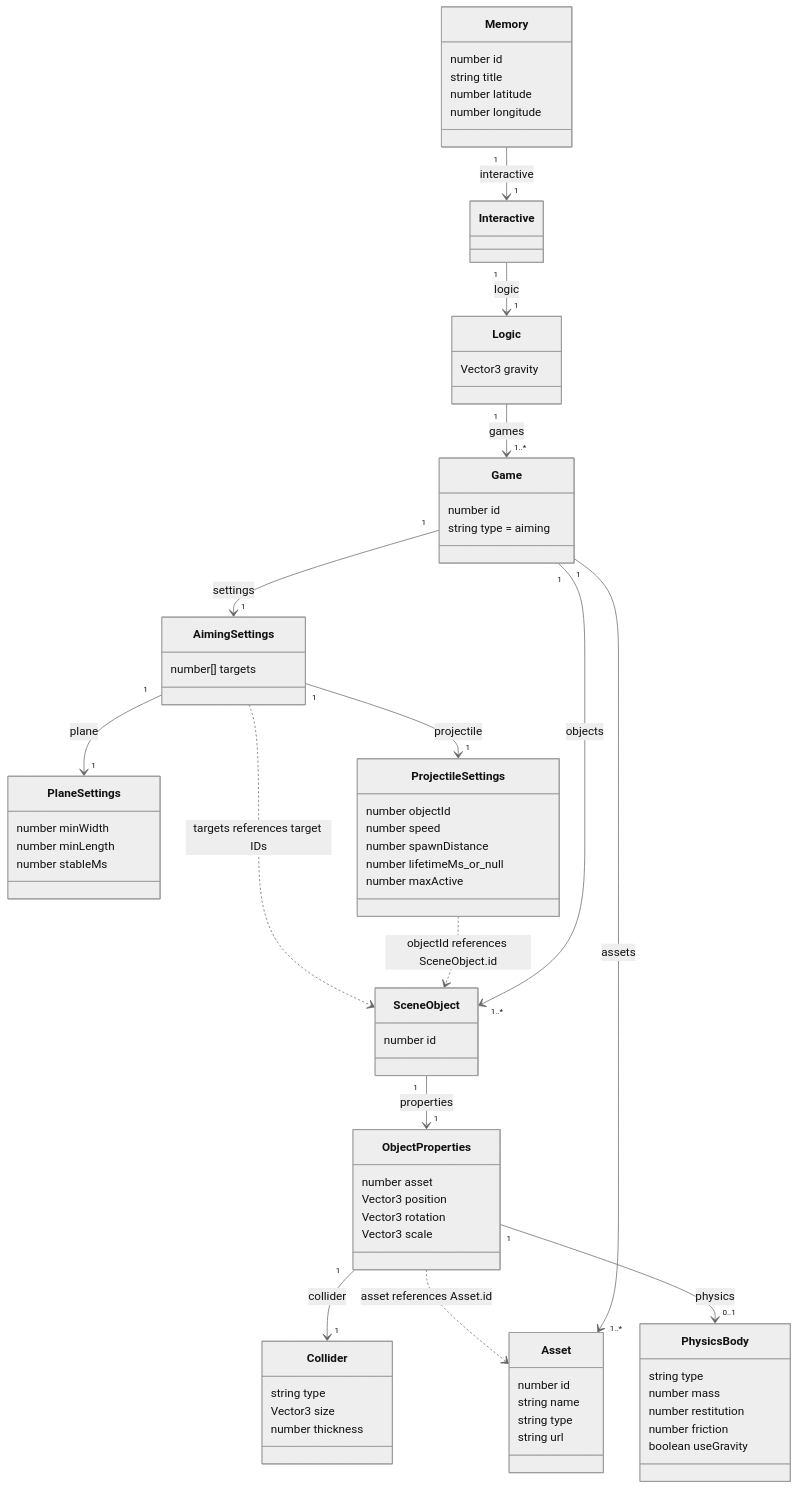
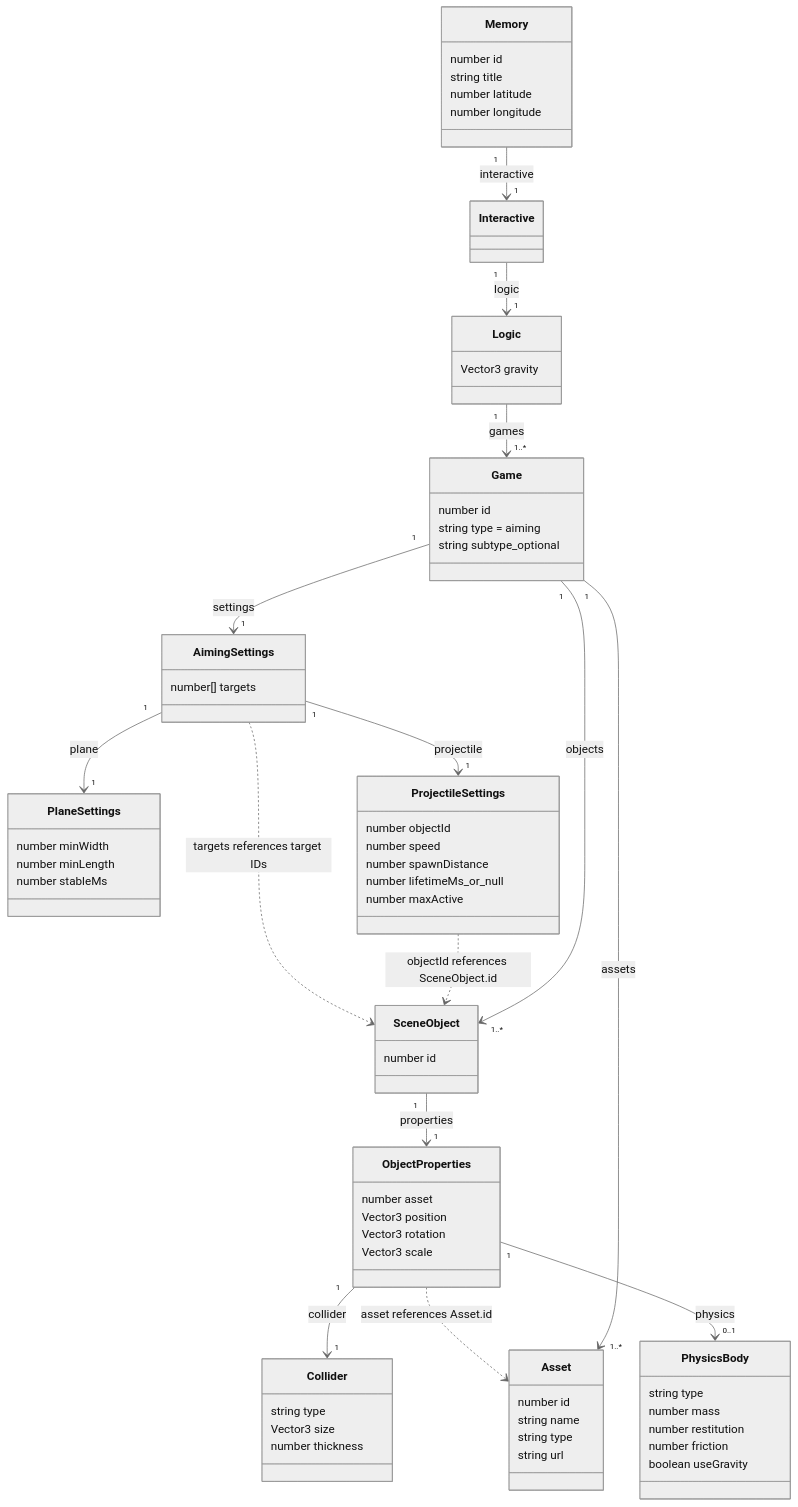
One commit to mystifiedmunchkin/echoes changed the diagram in docs/classDiagram.mmd. Above: the diagram before and after it, drawn with Mermaid (neutral theme). The commit also changed 14 other files, not shown here.

```diff
--- a/docs/classDiagram.mmd
+++ b/docs/classDiagram.mmd
@@ -1,71 +1,72 @@
 classDiagram
     Memory "1" --> "1" Interactive : interactive
     Interactive "1" --> "1" Logic : logic
     Logic "1" --> "1..*" Game : games
     Game "1" --> "1..*" Asset : assets
     Game "1" --> "1..*" SceneObject : objects
     Game "1" --> "1" AimingSettings : settings
     AimingSettings "1" --> "1" PlaneSettings : plane
     AimingSettings "1" --> "1" ProjectileSettings : projectile
     SceneObject "1" --> "1" ObjectProperties : properties
     ObjectProperties "1" --> "1" Collider : collider
     ObjectProperties "1" --> "0..1" PhysicsBody : physics
     ObjectProperties ..> Asset : asset references Asset.id
     ProjectileSettings ..> SceneObject : objectId references SceneObject.id
     AimingSettings ..> SceneObject : targets references target IDs
 
     class Memory {
         number id
         string title
         number latitude
         number longitude
     }
     class Logic {
         Vector3 gravity
     }
     class Game {
         number id
         string type = aiming
+        string subtype_optional
     }
     class Asset {
         number id
         string name
         string type
         string url
     }
     class AimingSettings {
         number[] targets
     }
     class PlaneSettings {
         number minWidth
         number minLength
         number stableMs
     }
     class ProjectileSettings {
         number objectId
         number speed
         number spawnDistance
         number lifetimeMs_or_null
         number maxActive
     }
     class SceneObject {
         number id
     }
     class ObjectProperties {
         number asset
         Vector3 position
         Vector3 rotation
         Vector3 scale
     }
     class Collider {
         string type
         Vector3 size
         number thickness
     }
     class PhysicsBody {
         string type
         number mass
         number restitution
         number friction
         boolean useGravity
     }
```
